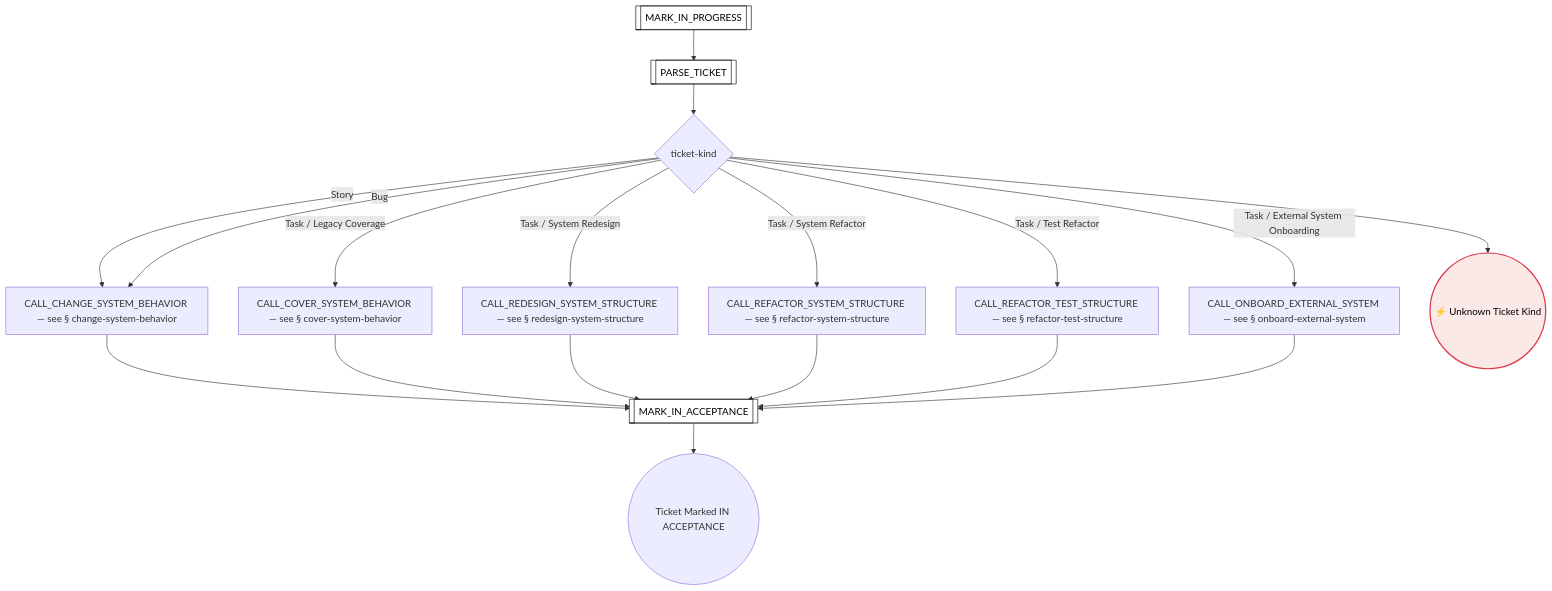
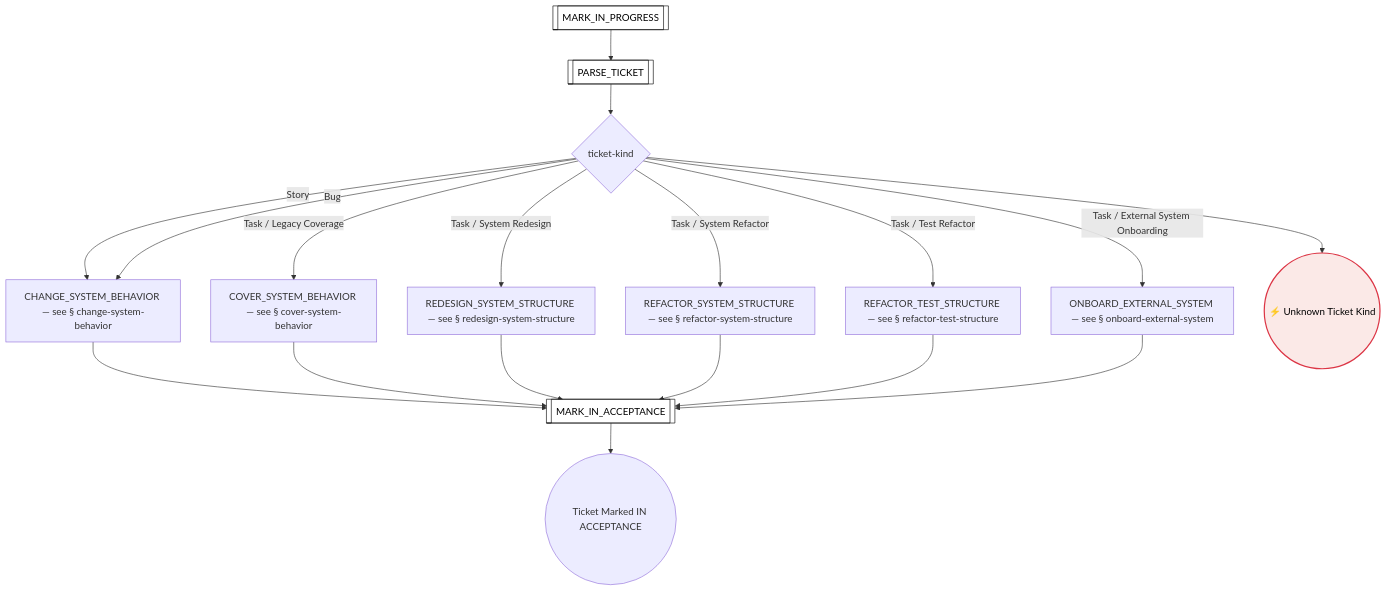
One commit to optivem/gh-optivem changed the fourth of 50 diagrams in docs/process-diagram.md. Above: the diagram before and after it, drawn with Mermaid. The commit also changed other lines of this file and 6 other files, not shown here.

````diff
--- a/docs/process-diagram.md
+++ b/docs/process-diagram.md
@@ -95,39 +95,39 @@
 ```mermaid
 flowchart TD
-    CALL_CHANGE_SYSTEM_BEHAVIOR[CALL_CHANGE_SYSTEM_BEHAVIOR — see § change-system-behavior]
-    CALL_COVER_SYSTEM_BEHAVIOR[CALL_COVER_SYSTEM_BEHAVIOR — see § cover-system-behavior]
-    CALL_ONBOARD_EXTERNAL_SYSTEM[CALL_ONBOARD_EXTERNAL_SYSTEM — see § onboard-external-system]
-    CALL_REDESIGN_SYSTEM_STRUCTURE[CALL_REDESIGN_SYSTEM_STRUCTURE — see § redesign-system-structure]
-    CALL_REFACTOR_SYSTEM_STRUCTURE[CALL_REFACTOR_SYSTEM_STRUCTURE — see § refactor-system-structure]
-    CALL_REFACTOR_TEST_STRUCTURE[CALL_REFACTOR_TEST_STRUCTURE — see § refactor-test-structure]
+    CHANGE_SYSTEM_BEHAVIOR[CHANGE_SYSTEM_BEHAVIOR — see § change-system-behavior]
+    COVER_SYSTEM_BEHAVIOR[COVER_SYSTEM_BEHAVIOR — see § cover-system-behavior]
     GATE_TICKET_KIND{ticket-kind}
     IMPLEMENT_TICKET_END((Ticket Marked IN ACCEPTANCE))
     MARK_IN_ACCEPTANCE[[MARK_IN_ACCEPTANCE]]
     MARK_IN_PROGRESS[[MARK_IN_PROGRESS]]
+    ONBOARD_EXTERNAL_SYSTEM[ONBOARD_EXTERNAL_SYSTEM — see § onboard-external-system]
     PARSE_TICKET[[PARSE_TICKET]]
+    REDESIGN_SYSTEM_STRUCTURE[REDESIGN_SYSTEM_STRUCTURE — see § redesign-system-structure]
+    REFACTOR_SYSTEM_STRUCTURE[REFACTOR_SYSTEM_STRUCTURE — see § refactor-system-structure]
+    REFACTOR_TEST_STRUCTURE[REFACTOR_TEST_STRUCTURE — see § refactor-test-structure]
     UNKNOWN_TICKET_KIND((⚡ Unknown Ticket Kind))
 
     MARK_IN_PROGRESS --> PARSE_TICKET
     PARSE_TICKET --> GATE_TICKET_KIND
-    GATE_TICKET_KIND -- Story --> CALL_CHANGE_SYSTEM_BEHAVIOR
-    GATE_TICKET_KIND -- Bug --> CALL_CHANGE_SYSTEM_BEHAVIOR
-    GATE_TICKET_KIND -- Task / Legacy Coverage --> CALL_COVER_SYSTEM_BEHAVIOR
-    GATE_TICKET_KIND -- Task / System Redesign --> CALL_REDESIGN_SYSTEM_STRUCTURE
-    GATE_TICKET_KIND -- Task / System Refactor --> CALL_REFACTOR_SYSTEM_STRUCTURE
-    GATE_TICKET_KIND -- Task / Test Refactor --> CALL_REFACTOR_TEST_STRUCTURE
-    GATE_TICKET_KIND -- Task / External System Onboarding --> CALL_ONBOARD_EXTERNAL_SYSTEM
+    GATE_TICKET_KIND -- Story --> CHANGE_SYSTEM_BEHAVIOR
+    GATE_TICKET_KIND -- Bug --> CHANGE_SYSTEM_BEHAVIOR
+    GATE_TICKET_KIND -- Task / Legacy Coverage --> COVER_SYSTEM_BEHAVIOR
+    GATE_TICKET_KIND -- Task / System Redesign --> REDESIGN_SYSTEM_STRUCTURE
+    GATE_TICKET_KIND -- Task / System Refactor --> REFACTOR_SYSTEM_STRUCTURE
+    GATE_TICKET_KIND -- Task / Test Refactor --> REFACTOR_TEST_STRUCTURE
+    GATE_TICKET_KIND -- Task / External System Onboarding --> ONBOARD_EXTERNAL_SYSTEM
     GATE_TICKET_KIND --> UNKNOWN_TICKET_KIND
-    CALL_CHANGE_SYSTEM_BEHAVIOR --> MARK_IN_ACCEPTANCE
-    CALL_COVER_SYSTEM_BEHAVIOR --> MARK_IN_ACCEPTANCE
-    CALL_REDESIGN_SYSTEM_STRUCTURE --> MARK_IN_ACCEPTANCE
-    CALL_REFACTOR_SYSTEM_STRUCTURE --> MARK_IN_ACCEPTANCE
-    CALL_REFACTOR_TEST_STRUCTURE --> MARK_IN_ACCEPTANCE
-    CALL_ONBOARD_EXTERNAL_SYSTEM --> MARK_IN_ACCEPTANCE
+    CHANGE_SYSTEM_BEHAVIOR --> MARK_IN_ACCEPTANCE
+    COVER_SYSTEM_BEHAVIOR --> MARK_IN_ACCEPTANCE
+    REDESIGN_SYSTEM_STRUCTURE --> MARK_IN_ACCEPTANCE
+    REFACTOR_SYSTEM_STRUCTURE --> MARK_IN_ACCEPTANCE
+    REFACTOR_TEST_STRUCTURE --> MARK_IN_ACCEPTANCE
+    ONBOARD_EXTERNAL_SYSTEM --> MARK_IN_ACCEPTANCE
     MARK_IN_ACCEPTANCE --> IMPLEMENT_TICKET_END
 
     classDef serviceNode fill:#ffffff,stroke:#000000,stroke-width:1px,color:#000000
     class MARK_IN_ACCEPTANCE,MARK_IN_PROGRESS,PARSE_TICKET serviceNode
 
     classDef errorEndNode fill:#fbe9e7,stroke:#dc3545,stroke-width:2px,color:#000000
     class UNKNOWN_TICKET_KIND errorEndNode
 ```
````
